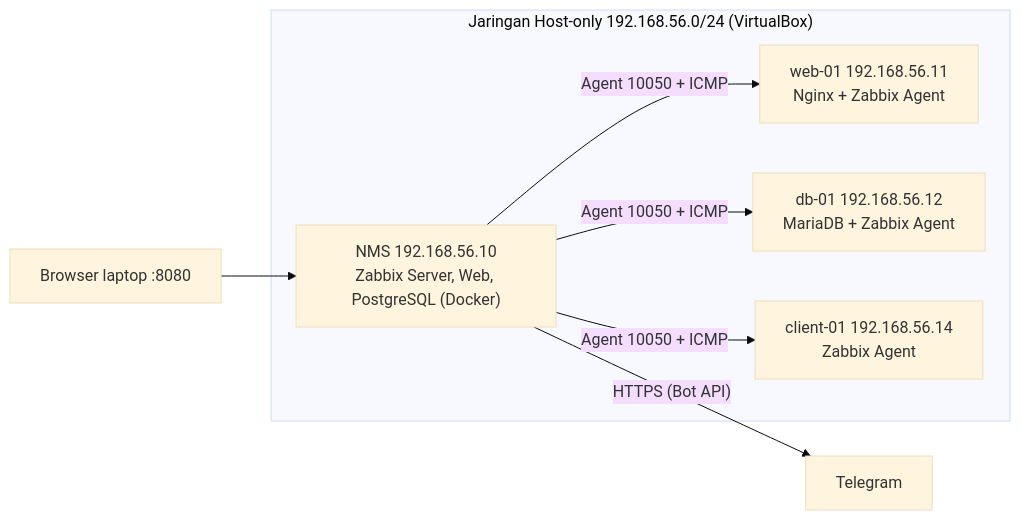
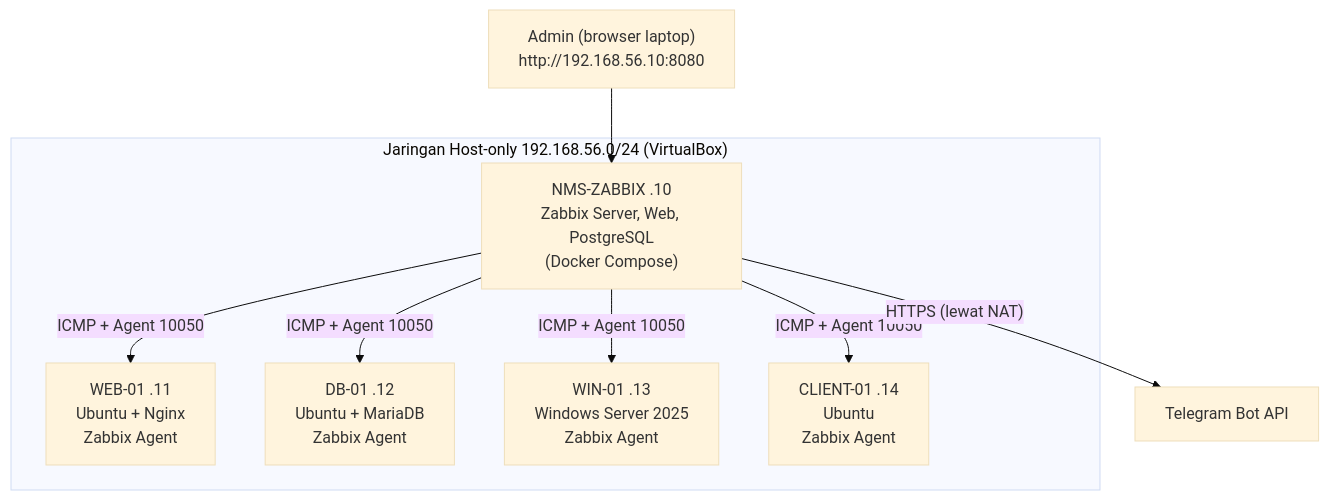
One commit to WYdfawyt/zabbix-nms-lab changed the first of 2 diagrams in README.md. Above: the diagram before and after it, drawn with Mermaid (base theme). The commit also changed other lines of this file, not shown here.

````diff
--- a/README.md
+++ b/README.md
@@ -20,14 +59,18 @@
 ```mermaid
-flowchart LR
-  ADM["Browser laptop :8080"] --> NMS
+flowchart TB
+  ADM["Admin (browser laptop)<br/>http://192.168.56.10:8080"]
+  TG["Telegram Bot API"]
   subgraph HO["Jaringan Host-only 192.168.56.0/24 (VirtualBox)"]
-    NMS["NMS 192.168.56.10<br/>Zabbix Server, Web, PostgreSQL (Docker)"]
-    WEB["web-01 192.168.56.11<br/>Nginx + Zabbix Agent"]
-    DB["db-01 192.168.56.12<br/>MariaDB + Zabbix Agent"]
-    CL["client-01 192.168.56.14<br/>Zabbix Agent"]
+    NMS["NMS-ZABBIX .10<br/>Zabbix Server, Web, PostgreSQL<br/>(Docker Compose)"]
+    WEB["WEB-01 .11<br/>Ubuntu + Nginx<br/>Zabbix Agent"]
+    DB["DB-01 .12<br/>Ubuntu + MariaDB<br/>Zabbix Agent"]
+    WIN["WIN-01 .13<br/>Windows Server 2025<br/>Zabbix Agent"]
+    CL["CLIENT-01 .14<br/>Ubuntu<br/>Zabbix Agent"]
   end
-  NMS -->|"Agent 10050 + ICMP"| WEB
-  NMS -->|"Agent 10050 + ICMP"| DB
-  NMS -->|"Agent 10050 + ICMP"| CL
-  NMS -->|"HTTPS (Bot API)"| TG["Telegram"]
+  ADM --> NMS
+  NMS -->|"ICMP + Agent 10050"| WEB
+  NMS -->|"ICMP + Agent 10050"| DB
+  NMS -->|"ICMP + Agent 10050"| WIN
+  NMS -->|"ICMP + Agent 10050"| CL
+  NMS -->|"HTTPS (lewat NAT)"| TG
 ```
````
